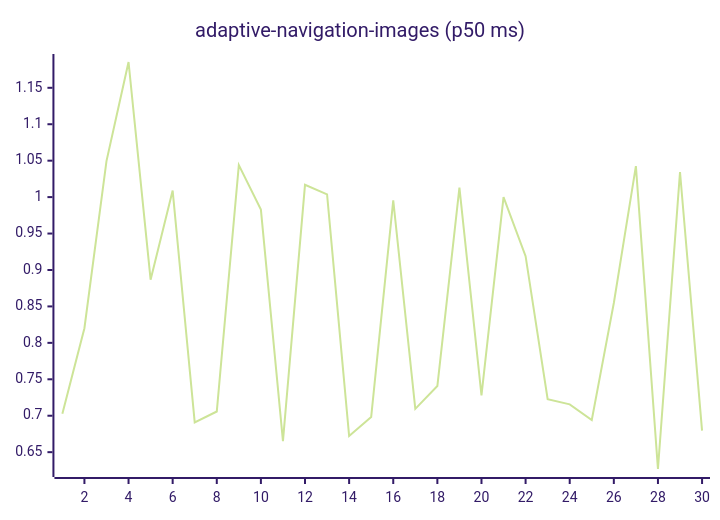
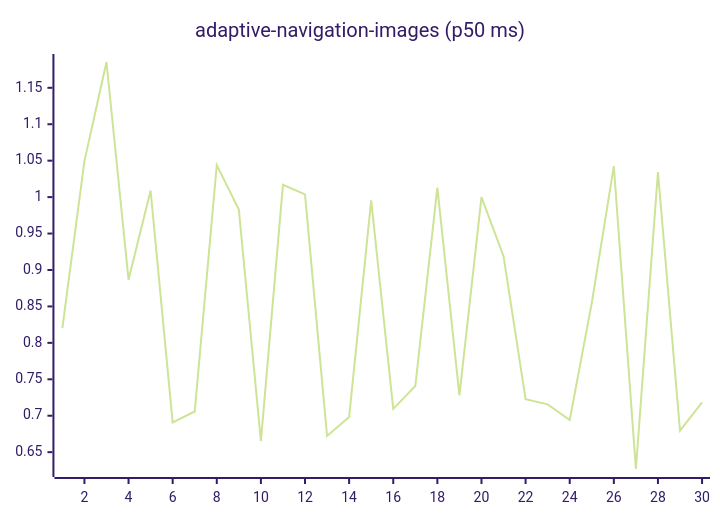
Before and after one commit to josha/Facet: the first of 27 diagrams in README.md, drawn with Mermaid (forest theme). The commit also changed other lines of this file and 2 other files, not shown here.

````diff
--- a/README.md
+++ b/README.md
@@ -63,6 +63,6 @@
 ```mermaid
 xychart-beta
     title "adaptive-navigation-images (p50 ms)"
     x-axis 1 --> 30
-    line [0.7028, 0.8201, 1.0494, 1.1854, 0.8867, 1.0090, 0.6909, 0.7058, 1.0439, 0.9829, 0.6652, 1.0169, 1.0037, 0.6721, 0.6983, 0.9956, 0.7094, 0.7407, 1.0129, 0.7280, 1.0000, 0.9189, 0.7227, 0.7156, 0.6941, 0.8547, 1.0425, 0.6269, 1.0344, 0.6795]
+    line [0.8201, 1.0494, 1.1854, 0.8867, 1.0090, 0.6909, 0.7058, 1.0439, 0.9829, 0.6652, 1.0169, 1.0037, 0.6721, 0.6983, 0.9956, 0.7094, 0.7407, 1.0129, 0.7280, 1.0000, 0.9189, 0.7227, 0.7156, 0.6941, 0.8547, 1.0425, 0.6269, 1.0344, 0.6795, 0.7184]
 ```
````
